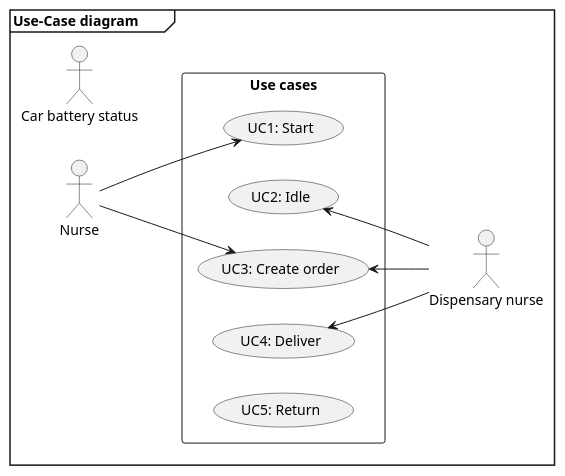
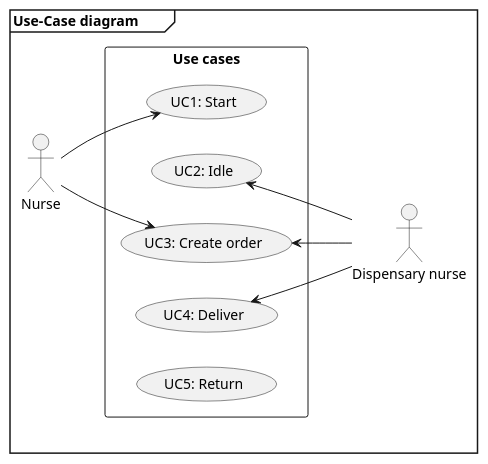
Before and after one commit to lineklemensen/PRJ3: the diagram in docs/diagrams/Plantuml/requirements/usecase diagram.puml, drawn with PlantUML.

```diff
--- a/docs/diagrams/Plantuml/requirements/usecase diagram.puml
+++ b/docs/diagrams/Plantuml/requirements/usecase diagram.puml
@@ -1,26 +1,23 @@
 @startuml UC diagram
 left to right direction
 mainframe **Use-Case diagram**\t
 
 actor Nurse as n
 actor "Dispensary nurse" as dn
-actor "Car battery status" as cbs
 
 rectangle "Use cases" {
     usecase "UC1: Start" as UC1
     usecase "UC2: Idle" as UC2
     usecase "UC3: Create order" as UC3
     usecase "UC4: Deliver" as UC4
     usecase "UC5: Return" as UC5
 }
 
 n --> UC1
 n --> UC3
 
 UC2 <-- dn
 UC3 <-- dn
 UC4 <-- dn
 
-
-
 @enduml
```
